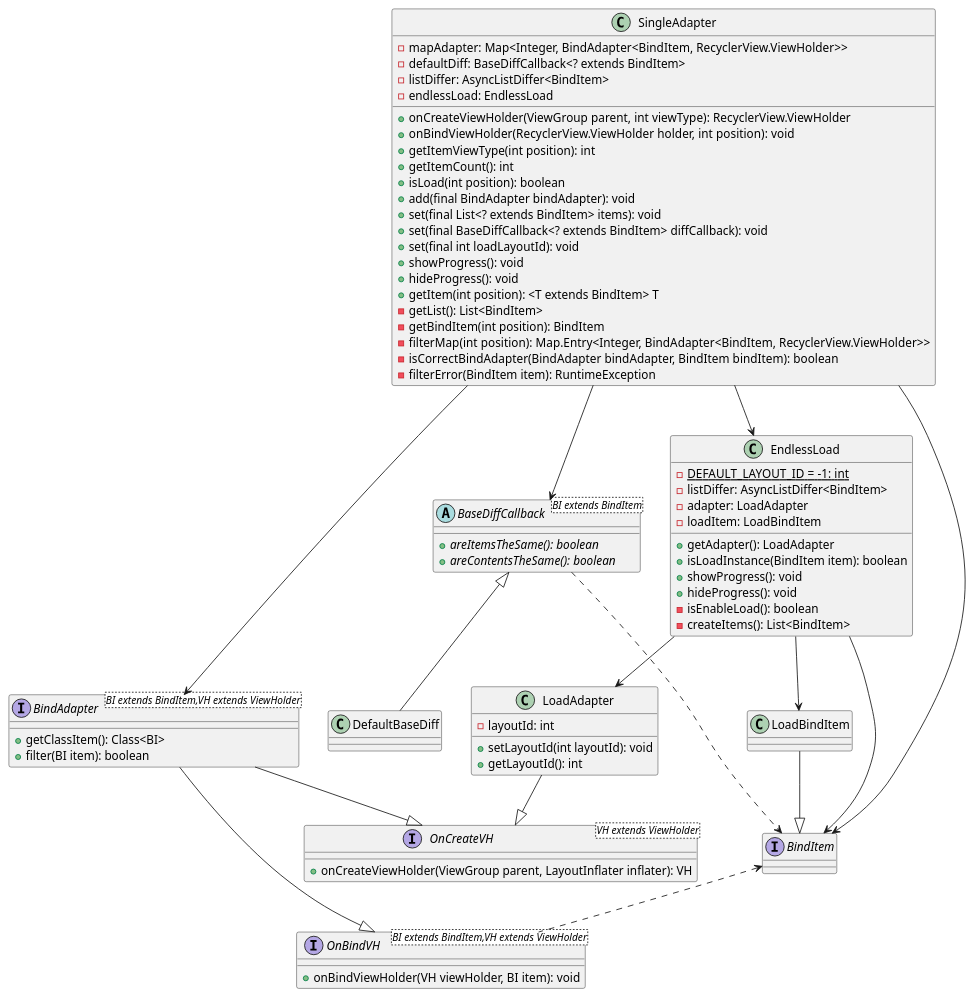
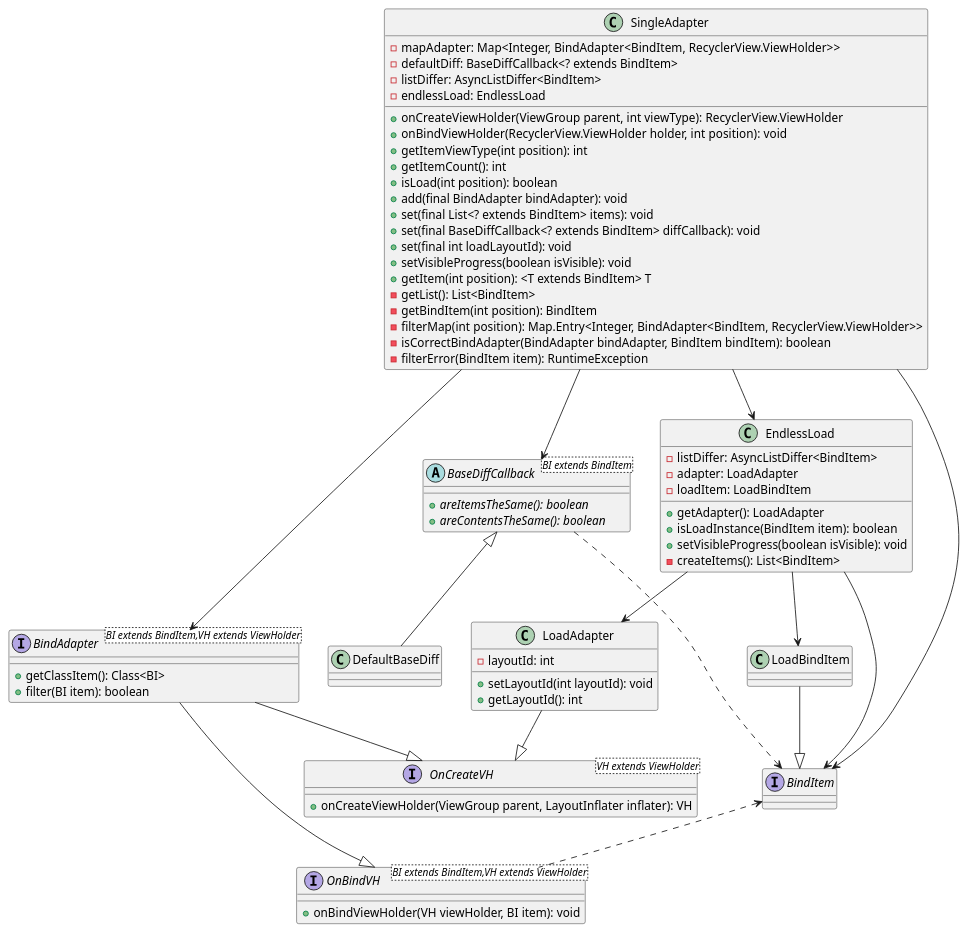
Before and after one commit to vanskarner/SingleAdapter: the diagram in singleAdapter/src/main/java/com/vanskarner/singleadapter/Diagram.puml, drawn with PlantUML.

Commit message:
update of Diagram.puml #16

```diff
--- a/singleAdapter/src/main/java/com/vanskarner/singleadapter/Diagram.puml
+++ b/singleAdapter/src/main/java/com/vanskarner/singleadapter/Diagram.puml
@@ -1,78 +1,74 @@
 @startuml
 'https://plantuml.com/class-diagram
 class SingleAdapter{
     - mapAdapter: Map<Integer, BindAdapter<BindItem, RecyclerView.ViewHolder>>
     - defaultDiff: BaseDiffCallback<? extends BindItem>
     - listDiffer: AsyncListDiffer<BindItem>
     - endlessLoad: EndlessLoad
 
     + onCreateViewHolder(ViewGroup parent, int viewType): RecyclerView.ViewHolder
     + onBindViewHolder(RecyclerView.ViewHolder holder, int position): void
     + getItemViewType(int position): int
     + getItemCount(): int
     + isLoad(int position): boolean
     + add(final BindAdapter bindAdapter): void
     + set(final List<? extends BindItem> items): void
     + set(final BaseDiffCallback<? extends BindItem> diffCallback): void
     + set(final int loadLayoutId): void
-    + showProgress(): void
-    + hideProgress(): void
+    + setVisibleProgress(boolean isVisible): void
     + getItem(int position): <T extends BindItem> T
     - getList(): List<BindItem>
     - getBindItem(int position): BindItem
     - filterMap(int position): Map.Entry<Integer, BindAdapter<BindItem, RecyclerView.ViewHolder>>
     - isCorrectBindAdapter(BindAdapter bindAdapter, BindItem bindItem): boolean
     - filterError(BindItem item): RuntimeException
 }
 class EndlessLoad{
-    - {static} DEFAULT_LAYOUT_ID = -1: int
     - listDiffer: AsyncListDiffer<BindItem>
     - adapter: LoadAdapter
     - loadItem: LoadBindItem
 
     + getAdapter(): LoadAdapter
     + isLoadInstance(BindItem item): boolean
-    + showProgress(): void
-    + hideProgress(): void
-    - isEnableLoad(): boolean
+    + setVisibleProgress(boolean isVisible): void
     - createItems(): List<BindItem>
 }
 class LoadAdapter{
     - layoutId: int
     + setLayoutId(int layoutId): void
     + getLayoutId(): int
 }
 class LoadBindItem
 abstract class BaseDiffCallback<BI extends BindItem>{
     + {abstract} areItemsTheSame(): boolean
     + {abstract} areContentsTheSame(): boolean
 }
 class DefaultBaseDiff
 interface BindItem
 interface OnCreateVH<VH extends ViewHolder>{
     + onCreateViewHolder(ViewGroup parent, LayoutInflater inflater): VH
 }
 interface OnBindVH<BI extends BindItem,VH extends ViewHolder>{
     + onBindViewHolder(VH viewHolder, BI item): void
 }
 interface BindAdapter<BI extends BindItem,VH extends ViewHolder>{
     + getClassItem(): Class<BI>
     + filter(BI item): boolean
 }
 
 SingleAdapter --> BindAdapter
 SingleAdapter --> BindItem
 SingleAdapter --> BaseDiffCallback
 SingleAdapter --> EndlessLoad
 BindItem <.. OnBindVH
 BindAdapter --|> OnCreateVH
 BindAdapter --|> OnBindVH
 BaseDiffCallback ..> BindItem
 BaseDiffCallback <|-- DefaultBaseDiff
 EndlessLoad --> BindItem
 EndlessLoad --> LoadAdapter
 EndlessLoad --> LoadBindItem
 LoadAdapter --|> OnCreateVH
 LoadBindItem --|> BindItem
 
 @enduml
```
